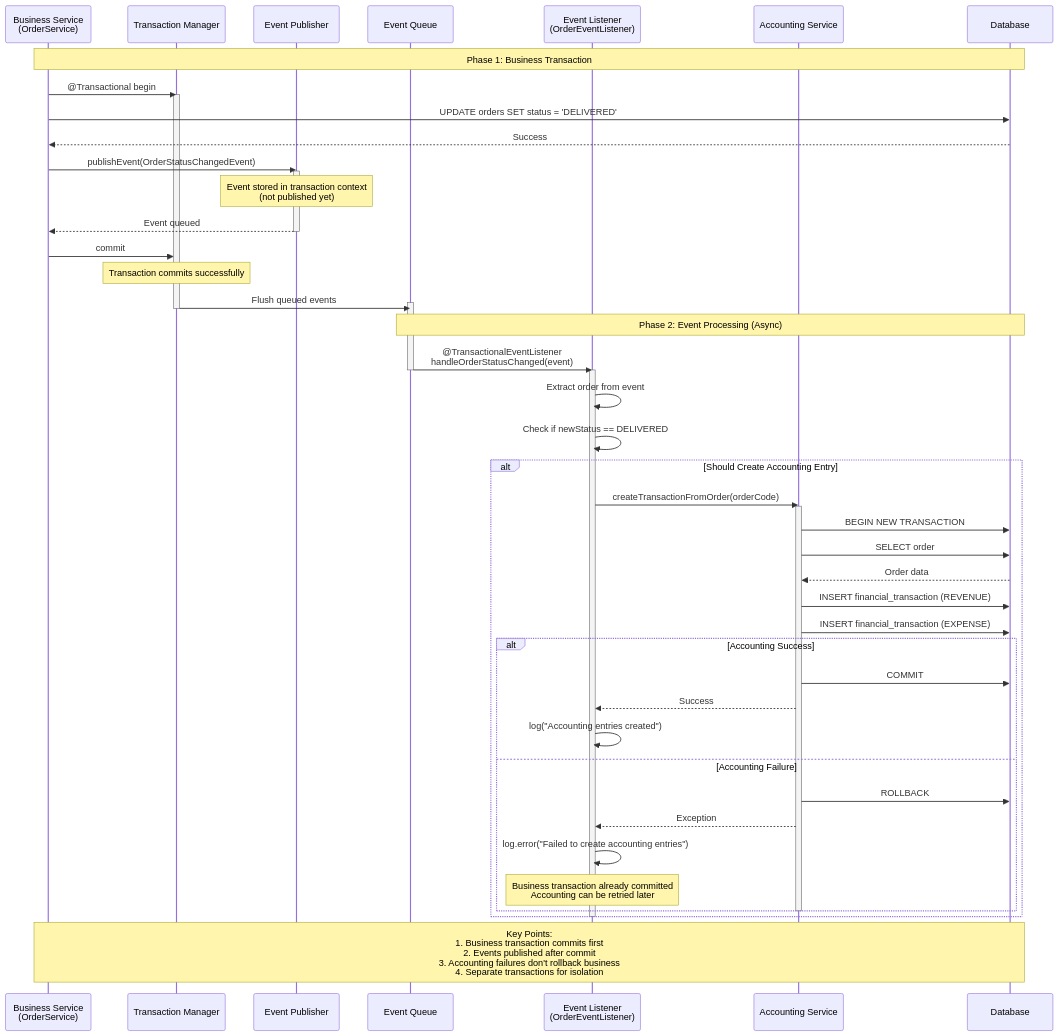
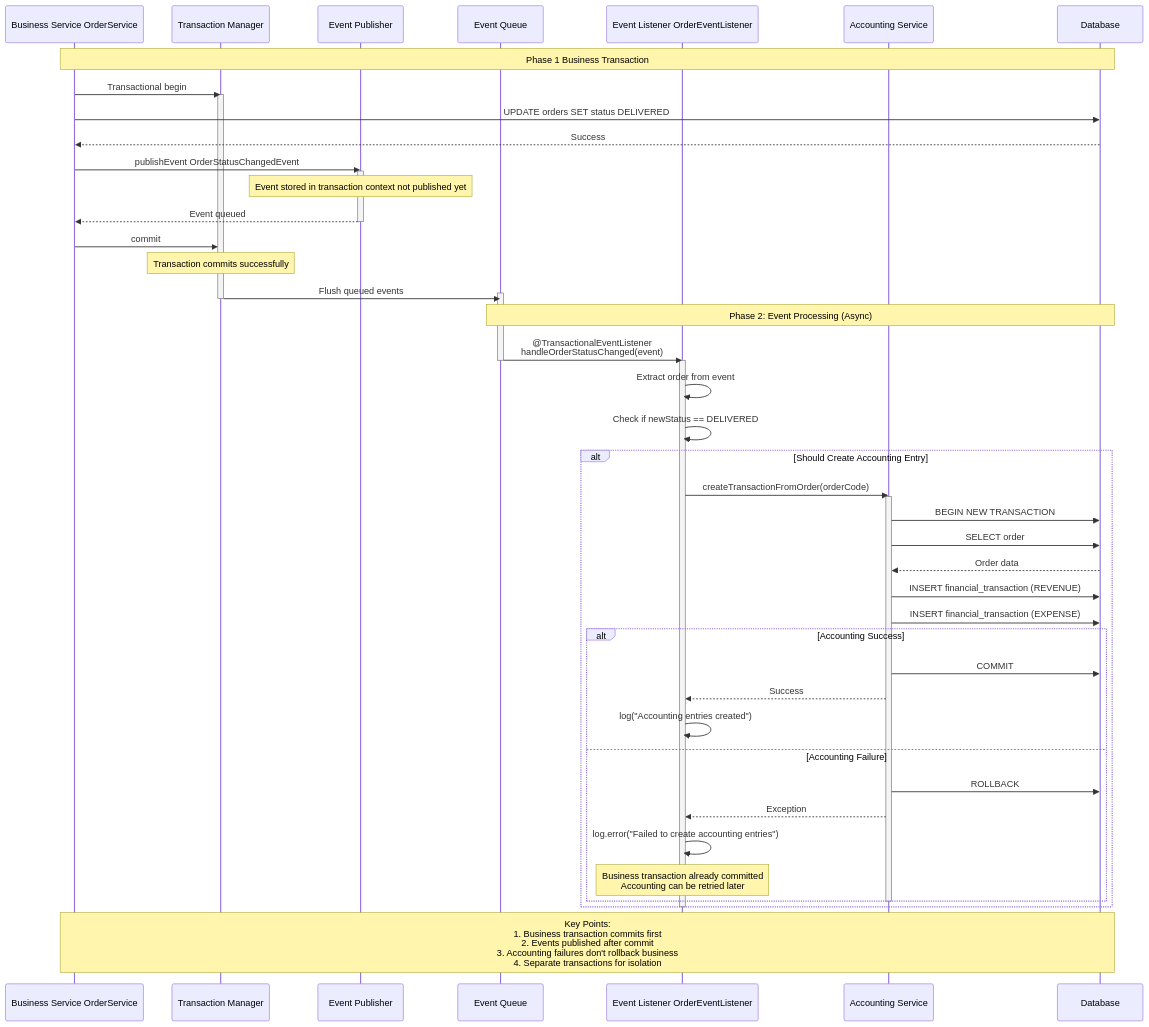
Before and after one commit to Mvuong1523/Do-an-tot-nghiep: the seventh of 17 diagrams in .kiro/specs/bao-cao-do-an/sequence-diagram-accounting-flow.md, drawn with Mermaid. The commit also changed other lines of this file and 22 other files, not shown here.

````diff
--- a/.kiro/specs/bao-cao-do-an/sequence-diagram-accounting-flow.md
+++ b/.kiro/specs/bao-cao-do-an/sequence-diagram-accounting-flow.md
@@ -611,73 +555,73 @@
 ```mermaid
 sequenceDiagram
-    participant BizSvc as Business Service<br/>(OrderService)
+    participant BizSvc as Business Service OrderService
     participant TxnMgr as Transaction Manager
     participant EventPub as Event Publisher
     participant EventQueue as Event Queue
-    participant Listener as Event Listener<br/>(OrderEventListener)
+    participant Listener as Event Listener OrderEventListener
     participant AcctSvc as Accounting Service
     participant DB as Database
     
-    Note over BizSvc,DB: Phase 1: Business Transaction
+    Note over BizSvc,DB: Phase 1 Business Transaction
     
-    BizSvc->>TxnMgr: @Transactional begin
+    BizSvc->>TxnMgr: Transactional begin
     activate TxnMgr
     
-    BizSvc->>DB: UPDATE orders SET status = 'DELIVERED'
+    BizSvc->>DB: UPDATE orders SET status DELIVERED
     DB-->>BizSvc: Success
     
-    BizSvc->>EventPub: publishEvent(OrderStatusChangedEvent)
+    BizSvc->>EventPub: publishEvent OrderStatusChangedEvent
     activate EventPub
     
-    Note over EventPub: Event stored in transaction context<br/>(not published yet)
+    Note over EventPub: Event stored in transaction context not published yet
     
     EventPub-->>BizSvc: Event queued
     deactivate EventPub
     
     BizSvc->>TxnMgr: commit
     
     Note over TxnMgr: Transaction commits successfully
     
     TxnMgr->>EventQueue: Flush queued events
     activate EventQueue
     deactivate TxnMgr
     
     Note over EventQueue,DB: Phase 2: Event Processing (Async)
     
     EventQueue->>Listener: @TransactionalEventListener<br/>handleOrderStatusChanged(event)
     deactivate EventQueue
     activate Listener
     
     Listener->>Listener: Extract order from event
     Listener->>Listener: Check if newStatus == DELIVERED
     
     alt Should Create Accounting Entry
         Listener->>AcctSvc: createTransactionFromOrder(orderCode)
         activate AcctSvc
         
         AcctSvc->>DB: BEGIN NEW TRANSACTION
         
         AcctSvc->>DB: SELECT order
         DB-->>AcctSvc: Order data
         
         AcctSvc->>DB: INSERT financial_transaction (REVENUE)
         AcctSvc->>DB: INSERT financial_transaction (EXPENSE)
         
         alt Accounting Success
             AcctSvc->>DB: COMMIT
             AcctSvc-->>Listener: Success
             Listener->>Listener: log("Accounting entries created")
         else Accounting Failure
             AcctSvc->>DB: ROLLBACK
             AcctSvc-->>Listener: Exception
             Listener->>Listener: log.error("Failed to create accounting entries")
             Note over Listener: Business transaction already committed<br/>Accounting can be retried later
         end
         
         deactivate AcctSvc
     end
     
     deactivate Listener
     
     Note over BizSvc,DB: Key Points:<br/>1. Business transaction commits first<br/>2. Events published after commit<br/>3. Accounting failures don't rollback business<br/>4. Separate transactions for isolation
 ```
````
